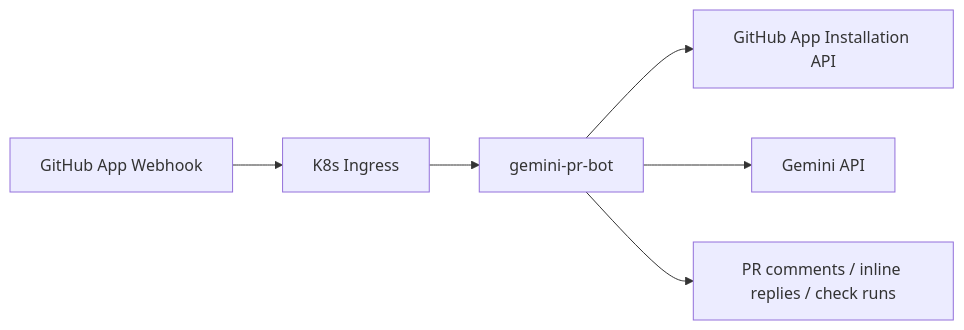
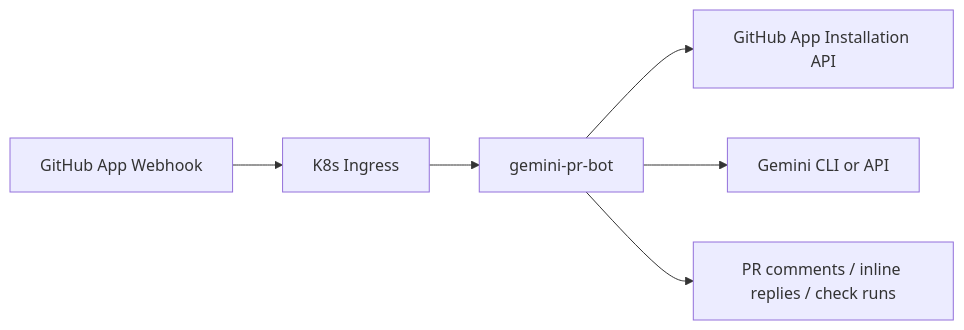
The first of 2 diagrams in README.md (seorilabs/gemini-pr-bot), drawn with Mermaid before and after one commit. The commit also changed other lines of this file and 4 other files, not shown here.

````diff
--- a/README.md
+++ b/README.md
@@ -5,8 +5,8 @@
 ```mermaid
 flowchart LR
   GitHub["GitHub App Webhook"] --> Ingress["K8s Ingress"]
   Ingress --> Bot["gemini-pr-bot"]
   Bot --> GitHubAPI["GitHub App Installation API"]
-  Bot --> Gemini["Gemini API"]
+  Bot --> Gemini["Gemini CLI or API"]
   Bot --> Comment["PR comments / inline replies / check runs"]
 ```
````
